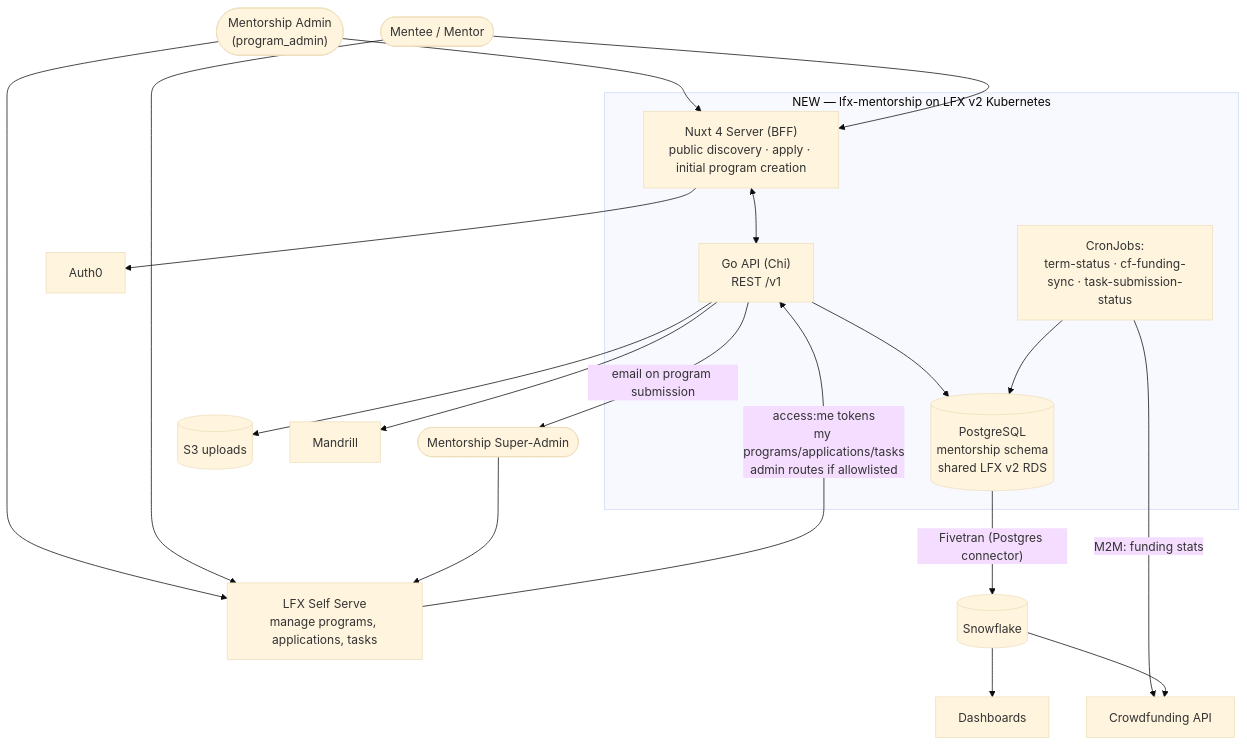
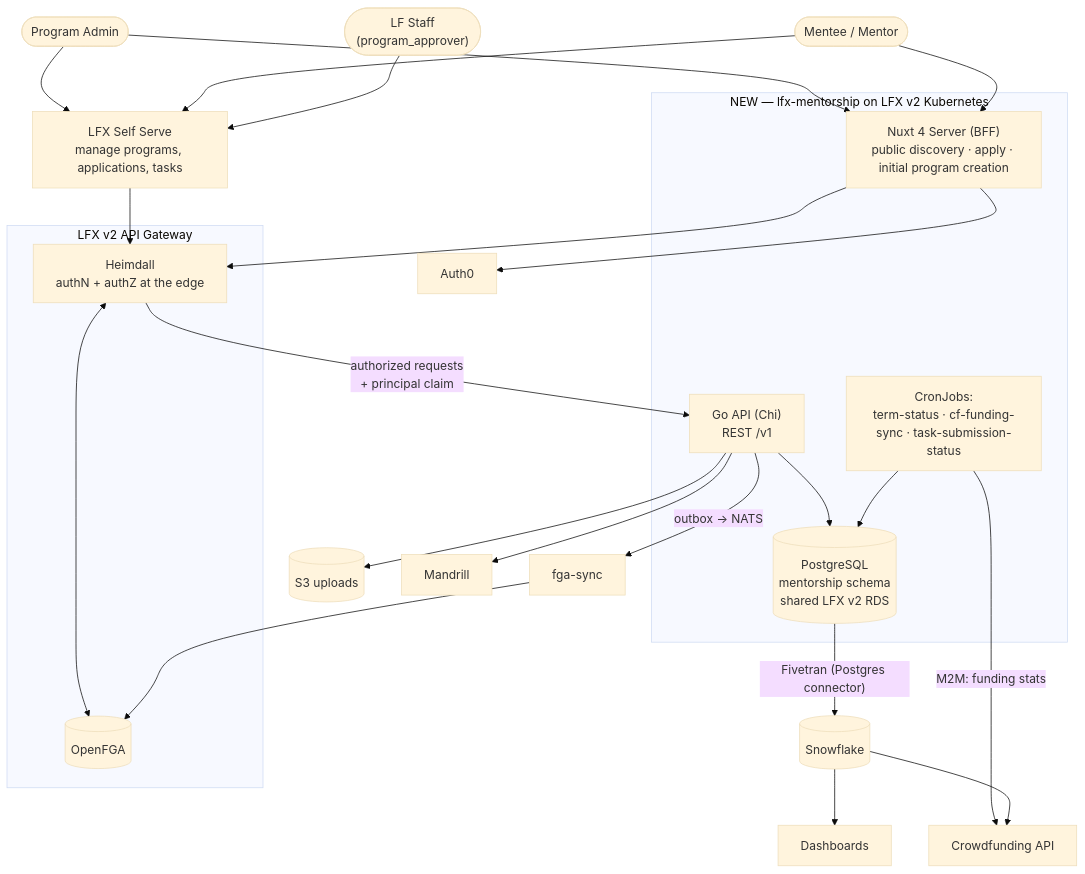
The first of 2 diagrams in docs/rewrite/02-target-architecture.md (linuxfoundation/lfx-mentorship), drawn with Mermaid (base theme) before and after one commit. The commit also changed other lines of this file and 1 other file, not shown here.

First line of the commit message:
docs(rewrite): align 02 with the gateway/Heimdall/FGA model

````diff
--- a/docs/rewrite/02-target-architecture.md
+++ b/docs/rewrite/02-target-architecture.md
@@ -21,36 +22,45 @@
 ```mermaid
 flowchart TB
-    ADMIN(["Mentorship Admin<br/>(program_admin)"])
+    ADMIN(["Program Admin"])
     USERS(["Mentee / Mentor"])
-    SUPER(["Mentorship Super-Admin"])
+    SUPER(["LF Staff<br/>(program_approver)"])
+
+    subgraph GW["LFX v2 API Gateway"]
+        HEIMDALL["Heimdall<br/>authN + authZ at the edge"]
+        FGA[("OpenFGA")]
+    end
 
     subgraph K8S["NEW — lfx-mentorship on LFX v2 Kubernetes"]
         NUXT["Nuxt 4 Server (BFF)<br/>public discovery · apply · initial program creation"]
         API["Go API (Chi)<br/>REST /v1"]
         PG[("PostgreSQL<br/>mentorship schema<br/>shared LFX v2 RDS")]
         CRONS["CronJobs:<br/>term-status · cf-funding-sync · task-submission-status"]
     end
 
     SS["LFX Self Serve<br/>manage programs, applications, tasks"]
+    SYNC["fga-sync"]
     AUTH0["Auth0"]
     S3[("S3 uploads")]
     MANDRILL["Mandrill"]
     CFAPI["Crowdfunding API"]
     SF[("Snowflake")]
     DASH["Dashboards"]
 
     ADMIN & USERS --> NUXT
     ADMIN & USERS & SUPER --> SS
-    NUXT <--> API
+    NUXT --> HEIMDALL
+    SS --> HEIMDALL
+    HEIMDALL <--> FGA
+    HEIMDALL -- "authorized requests<br/>+ principal claim" --> API
     NUXT --> AUTH0
     API --> PG
     API --> S3
     API --> MANDRILL
-    API -- "email on program submission" --> SUPER
-    SS -- "access:me tokens<br/>my programs/applications/tasks<br/>admin routes if allowlisted" --> API
+    API -- "outbox → NATS" --> SYNC
+    SYNC --> FGA
     CRONS --> PG
     CRONS -- "M2M: funding stats" --> CFAPI
     PG -- "Fivetran (Postgres connector)" --> SF
     SF --> DASH
     SF --> CFAPI
 ```
````
